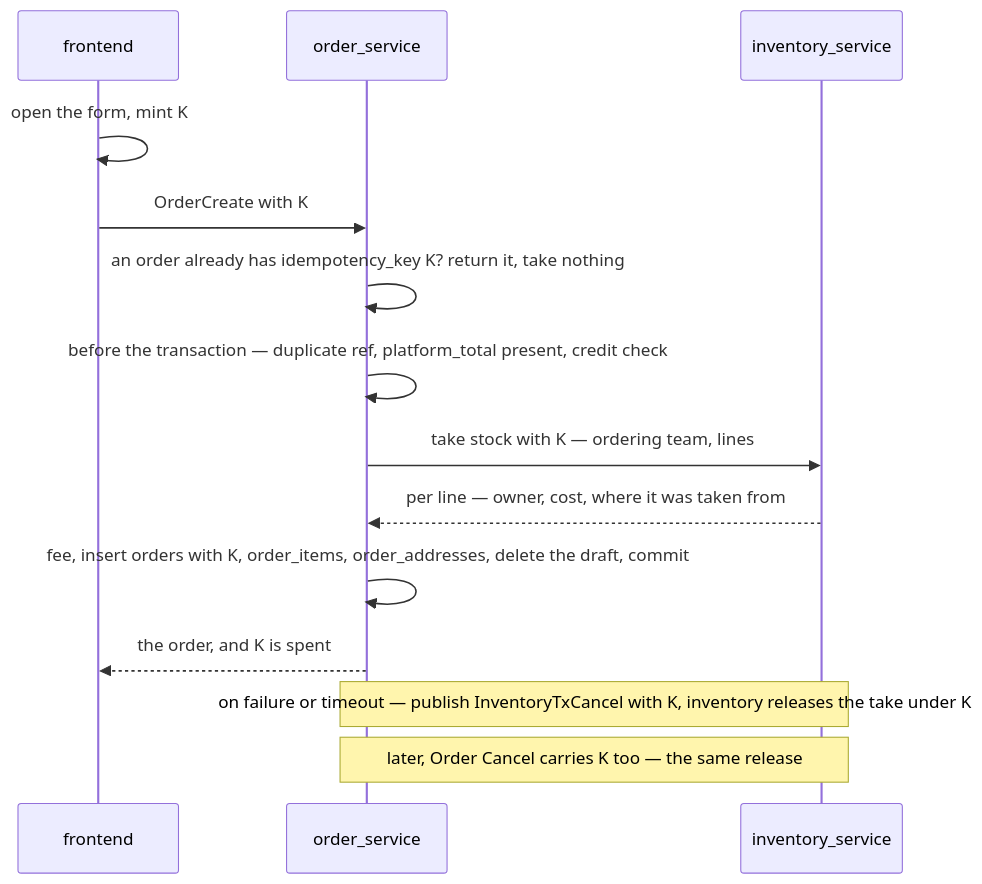
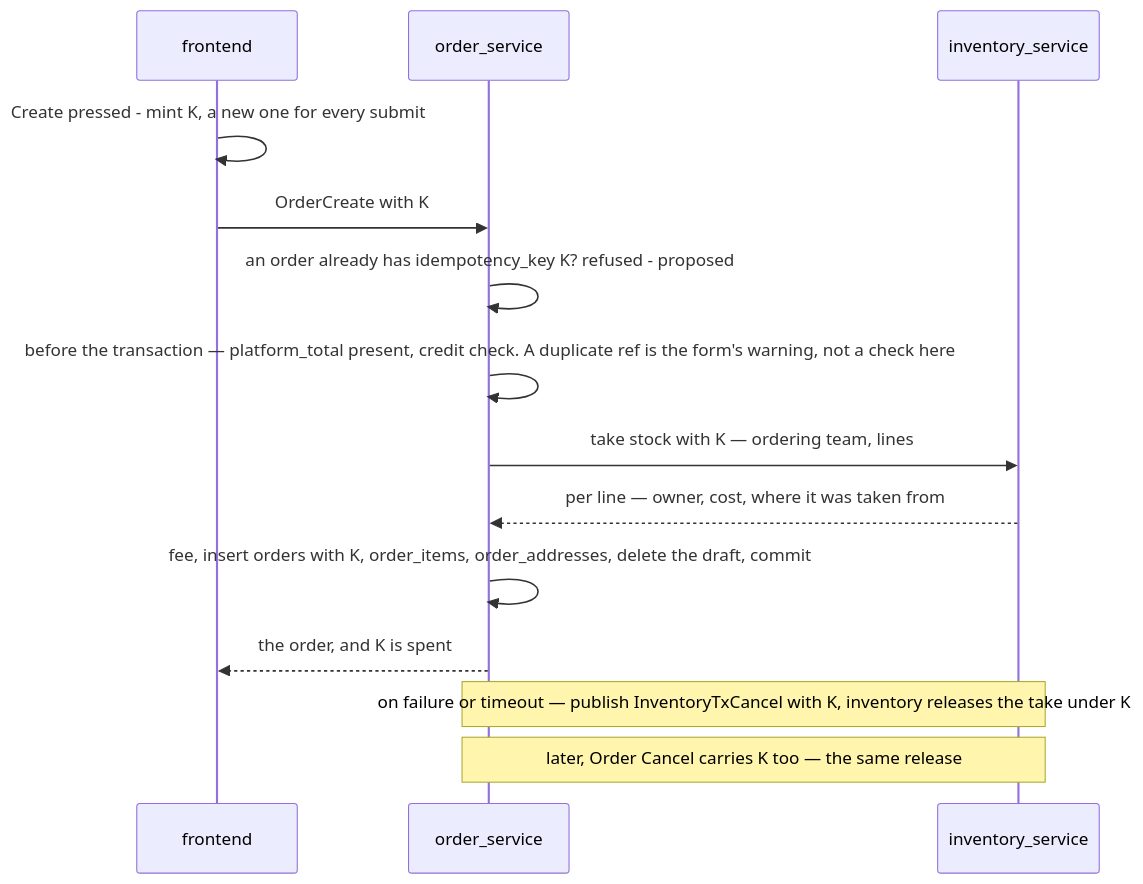
Before and after one commit to pdcgo/warehouse_revamp: the first of 5 diagrams in docs/business/order/order_creation_clarify.md, drawn with Mermaid. The commit also changed other lines of this file and 13 other files, not shown here.

First line of the commit message:
docs(order,inventory): the stock take's checks, one key per submit, a duplicate ref warned, both teams named

````diff
--- a/docs/business/order/order_creation_clarify.md
+++ b/docs/business/order/order_creation_clarify.md
@@ -52,16 +73,16 @@
 ```mermaid
 sequenceDiagram
   participant F as frontend
   participant O as order_service
   participant I as inventory_service
-  F->>F: open the form, mint K
+  F->>F: Create pressed - mint K, a new one for every submit
   F->>O: OrderCreate with K
-  O->>O: an order already has idempotency_key K? return it, take nothing
-  O->>O: before the transaction — duplicate ref, platform_total present, credit check
+  O->>O: an order already has idempotency_key K? refused - proposed
+  O->>O: before the transaction — platform_total present, credit check. A duplicate ref is the form's warning, not a check here
   O->>I: take stock with K — ordering team, lines
   I-->>O: per line — owner, cost, where it was taken from
   O->>O: fee, insert orders with K, order_items, order_addresses, delete the draft, commit
   O-->>F: the order, and K is spent
   Note over O,I: on failure or timeout — publish InventoryTxCancel with K, inventory releases the take under K
   Note over O,I: later, Order Cancel carries K too — the same release
 ```
````
